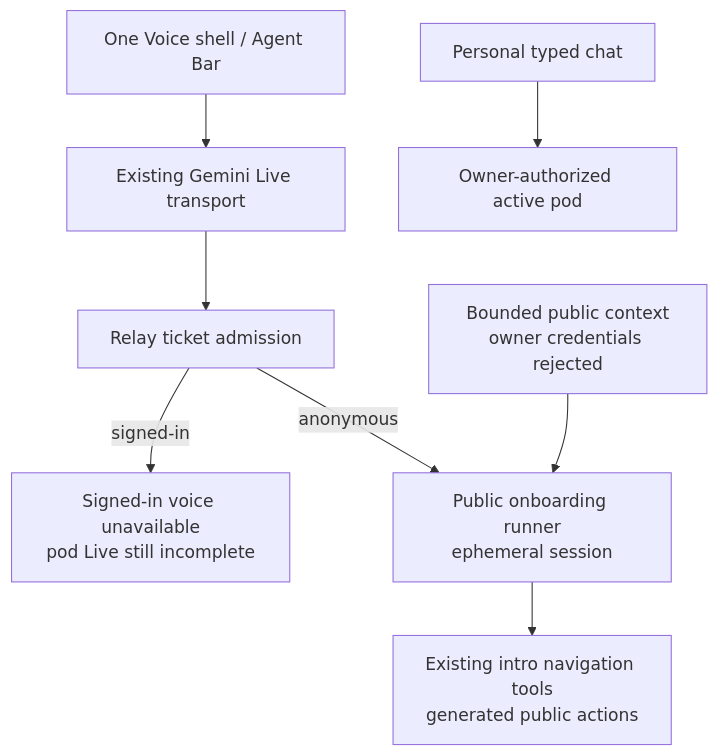
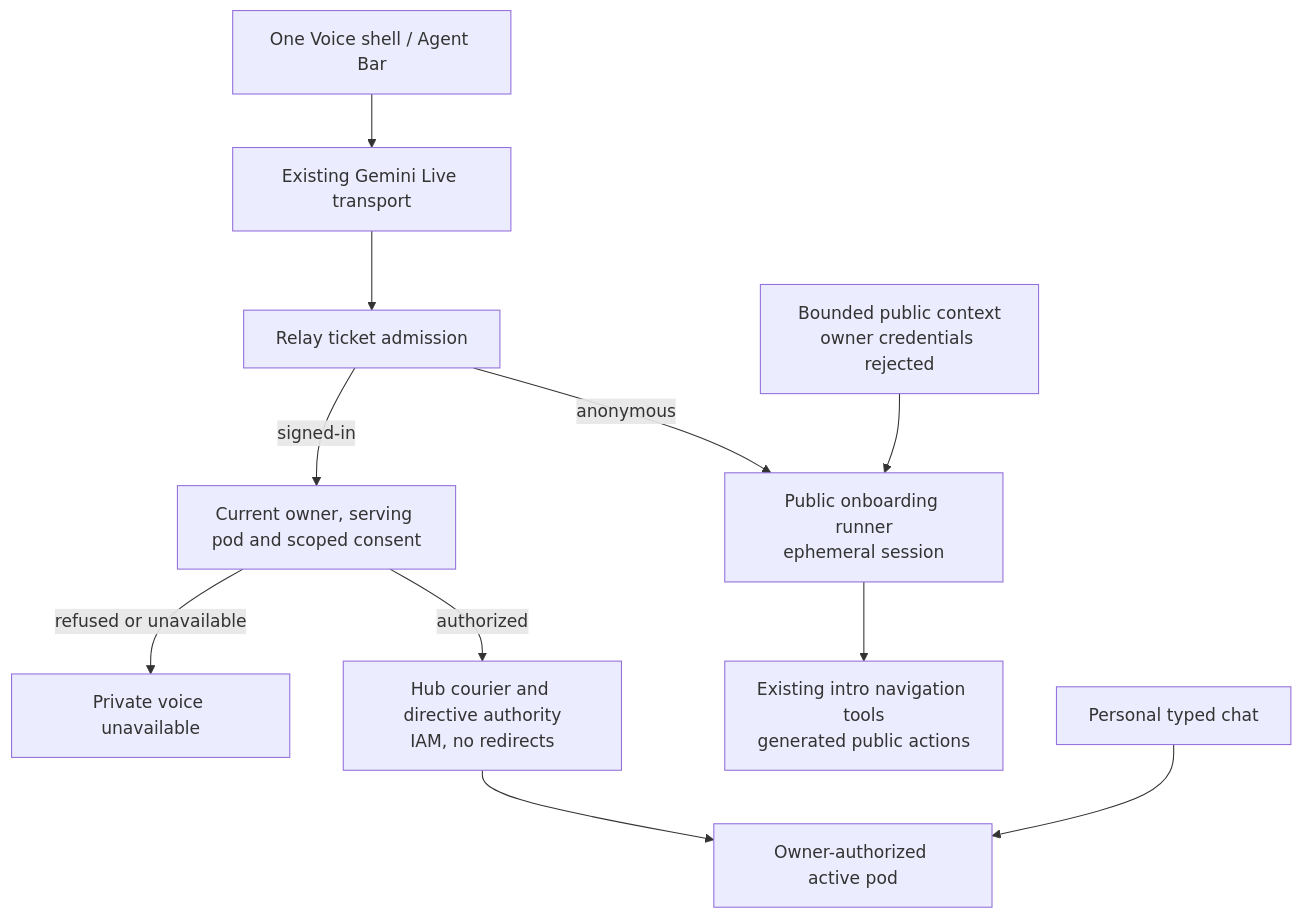
The diagram in docs/reference/one/one-voice-runtime-architecture.md (hushh-labs/hushh-research), drawn with Mermaid before and after one commit. The commit also changed other lines of this file and 5 other files, not shown here.

Commit message:
feat(voice): route signed-in Live through owner pod admission

````diff
--- a/docs/reference/one/one-voice-runtime-architecture.md
+++ b/docs/reference/one/one-voice-runtime-architecture.md
@@ -7,17 +7,21 @@
 ```mermaid
 flowchart TD
   shell["One Voice shell / Agent Bar"]
   transport["Existing Gemini Live transport"]
   admission["Relay ticket admission"]
-  refusal["Signed-in voice unavailable<br/>pod Live still incomplete"]
+  refusal["Private voice unavailable"]
+  owner["Current owner, serving pod and scoped consent"]
+  courier["Hub courier and directive authority<br/>IAM, no redirects"]
   intro["Public onboarding runner<br/>ephemeral session"]
   navigation["Existing intro navigation tools<br/>generated public actions"]
   context["Bounded public context<br/>owner credentials rejected"]
   chat["Personal typed chat"]
   pod["Owner-authorized active pod"]
   shell --> transport --> admission
-  admission -- "signed-in" --> refusal
+  admission -- "signed-in" --> owner
+  owner -- "refused or unavailable" --> refusal
+  owner -- "authorized" --> courier --> pod
   admission -- "anonymous" --> intro
   context --> intro --> navigation
   chat --> pod
 ```
````
